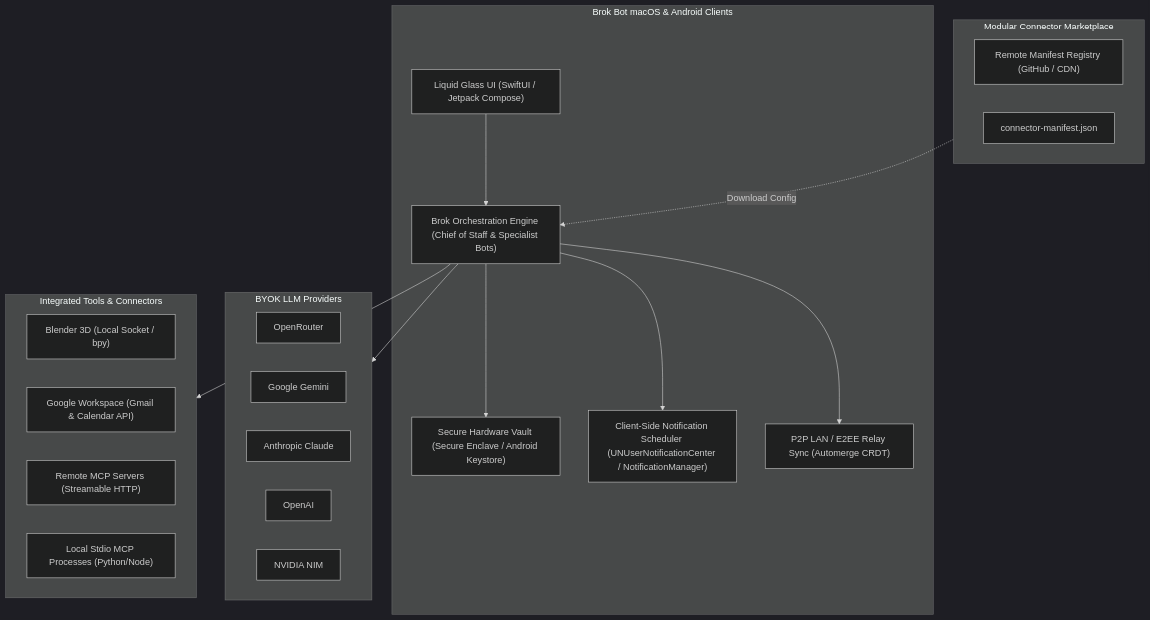
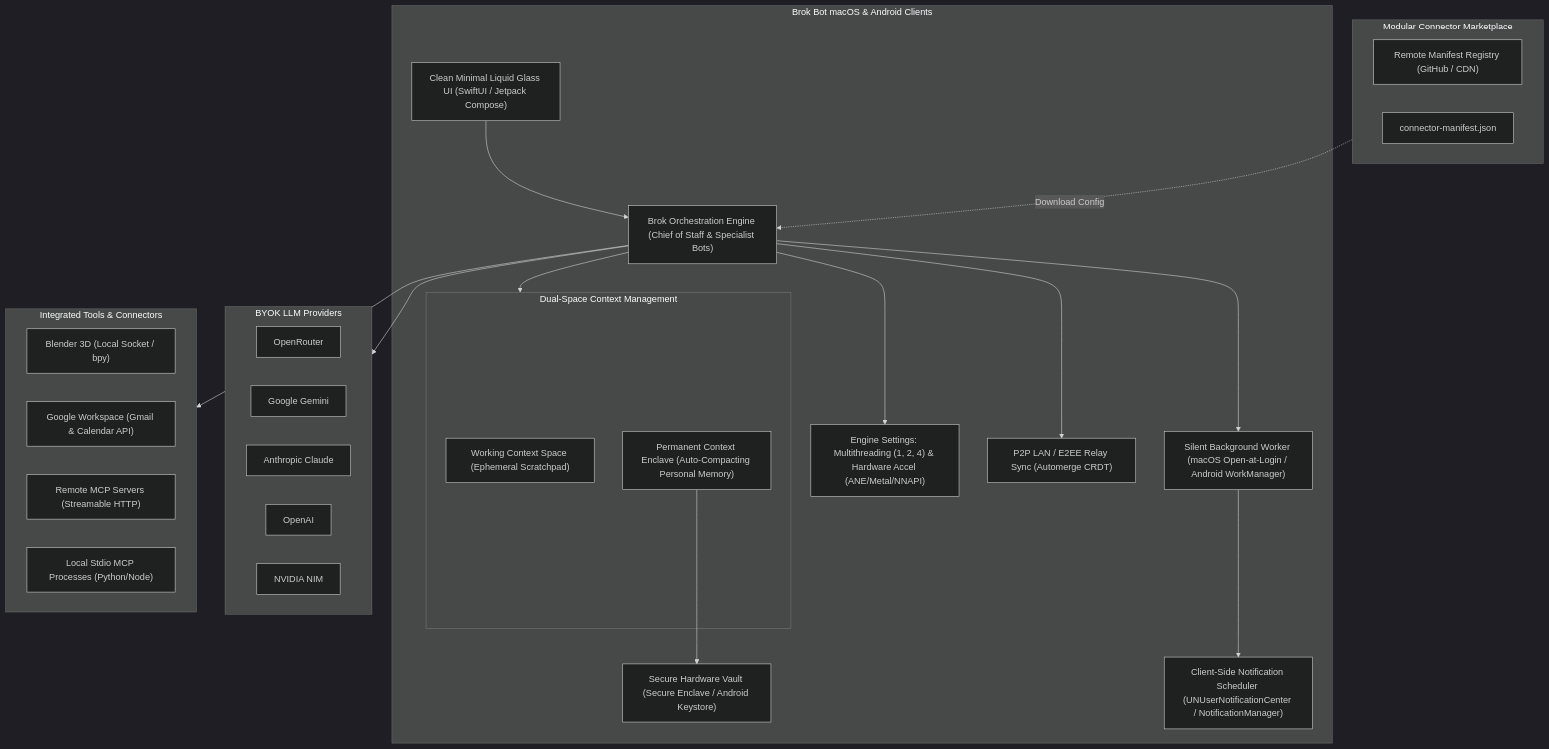
The first of 2 diagrams in docs/PRD.md (sam-eer12/prod), drawn with Mermaid (dark theme) before and after one commit. The commit also changed other lines of this file and 2 other files, not shown here.

Commit message:
refactor: add dual-space context management, headless login daemon, and compute settings to architecture docs and README

````diff
--- a/docs/PRD.md
+++ b/docs/PRD.md
@@ -22,38 +26,47 @@
 ```mermaid
 flowchart TB
     subgraph Client["Brok Bot macOS & Android Clients"]
-        UI["Liquid Glass UI (SwiftUI / Jetpack Compose)"]
+        UI["Clean Minimal Liquid Glass UI (SwiftUI / Jetpack Compose)"]
         Vault["Secure Hardware Vault (Secure Enclave / Android Keystore)"]
+        subgraph ContextEngine["Dual-Space Context Management"]
+            WorkContext["Working Context Space (Ephemeral Scratchpad)"]
+            PermContext["Permanent Context Enclave (Auto-Compacting Personal Memory)"]
+        end
         Engine["Brok Orchestration Engine (Chief of Staff & Specialist Bots)"]
+        Settings["Engine Settings: Multithreading (1, 2, 4) & Hardware Accel (ANE/Metal/NNAPI)"]
+        BackgroundDaemon["Silent Background Worker (macOS Open-at-Login / Android WorkManager)"]
         Notifier["Client-Side Notification Scheduler (UNUserNotificationCenter / NotificationManager)"]
         Sync["P2P LAN / E2EE Relay Sync (Automerge CRDT)"]
     end
 
     subgraph LLM["BYOK LLM Providers"]
         OpenRouter["OpenRouter"]
         Gemini["Google Gemini"]
         Claude["Anthropic Claude"]
         OpenAI["OpenAI"]
         NIM["NVIDIA NIM"]
     end
 
     subgraph Marketplace["Modular Connector Marketplace"]
         ManifestRepo["Remote Manifest Registry (GitHub / CDN)"]
         Catalog["connector-manifest.json"]
     end
 
     subgraph Connectors["Integrated Tools & Connectors"]
         Blender["Blender 3D (Local Socket / bpy)"]
         Google["Google Workspace (Gmail & Calendar API)"]
         RemoteMCP["Remote MCP Servers (Streamable HTTP)"]
         LocalMCP["Local Stdio MCP Processes (Python/Node)"]
     end
 
     UI --> Engine
-    Engine --> Vault
-    Engine --> Notifier
+    Engine --> ContextEngine
+    PermContext --> Vault
+    Engine --> Settings
+    Engine --> BackgroundDaemon
+    BackgroundDaemon --> Notifier
     Engine --> Sync
     Engine --> LLM
     Marketplace -.->|Download Config| Engine
     Engine --> Connectors
 ```
````
